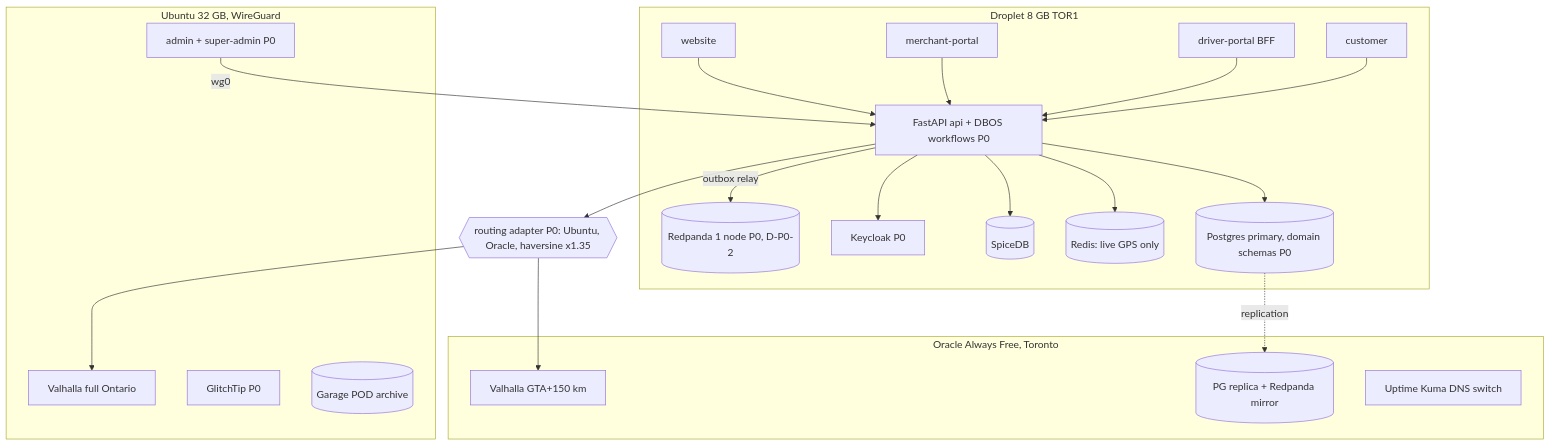
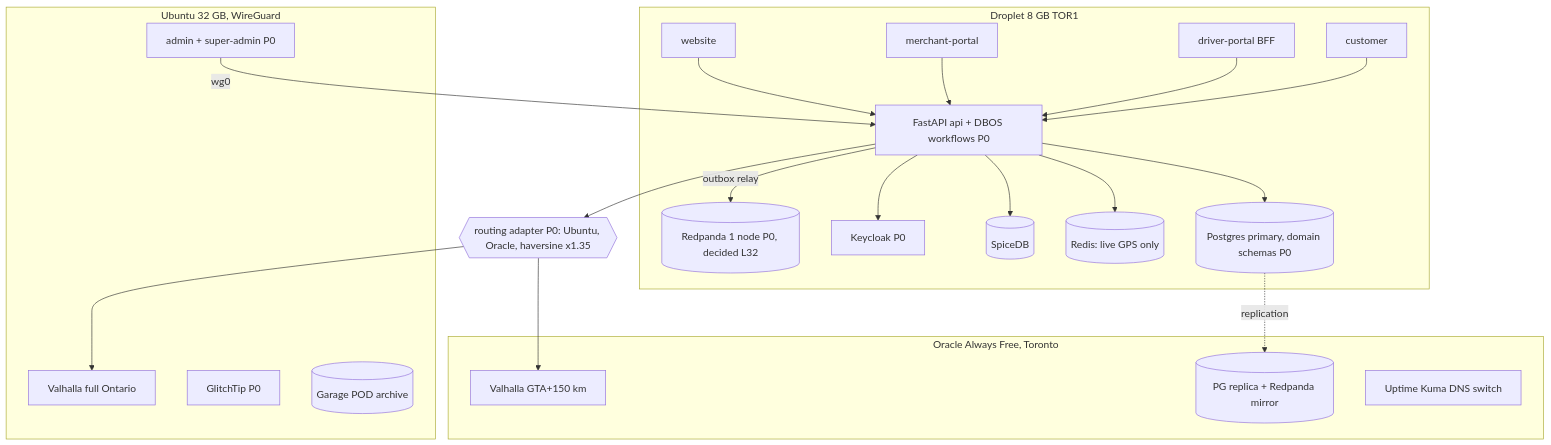
The fourth of 4 diagrams in docs/architecture/61_p0_context_containers.md (PORTERCHAIN-INC/PCD), drawn with Mermaid before and after one commit. The commit also changed other lines of this file and 8 other files, not shown here.

Commit message:
docs(architecture): L32 Phase 0 decisions, routing (Valhalla+VROOM, OSRM by benchmark), Shopify rates/billing

````diff
--- a/docs/architecture/61_p0_context_containers.md
+++ b/docs/architecture/61_p0_context_containers.md
@@ -79,33 +79,33 @@
 ```mermaid
 flowchart TB
   subgraph DROPLET[Droplet 8 GB TOR1]
     WEB[website]
     MERCH[merchant-portal]
     DRVP[driver-portal BFF]
     CUST[customer]
     API[FastAPI api + DBOS workflows P0]
     KC[Keycloak P0]
-    RP[(Redpanda 1 node P0, D-P0-2)]
+    RP[(Redpanda 1 node P0, decided L32)]
     PG[(Postgres primary, domain schemas P0)]
     RD[(Redis: live GPS only)]
     SDB[(SpiceDB)]
   end
   subgraph UBUNTU[Ubuntu 32 GB, WireGuard]
     ADMIN[admin + super-admin P0]
     VALU[Valhalla full Ontario]
     GT[GlitchTip P0]
     GAR[(Garage POD archive)]
   end
   subgraph ORACLE[Oracle Always Free, Toronto]
     REP[(PG replica + Redpanda mirror)]
     VALO[Valhalla GTA+150 km]
     UK[Uptime Kuma DNS switch]
   end
   WEB & MERCH & DRVP & CUST --> API
   ADMIN -->|wg0| API
   API --> PG & RD & SDB & KC
   API -->|outbox relay| RP
   API --> RT{{routing adapter P0: Ubuntu, Oracle, haversine x1.35}}
   RT --> VALU & VALO
   PG -.replication.-> REP
 ```
````
